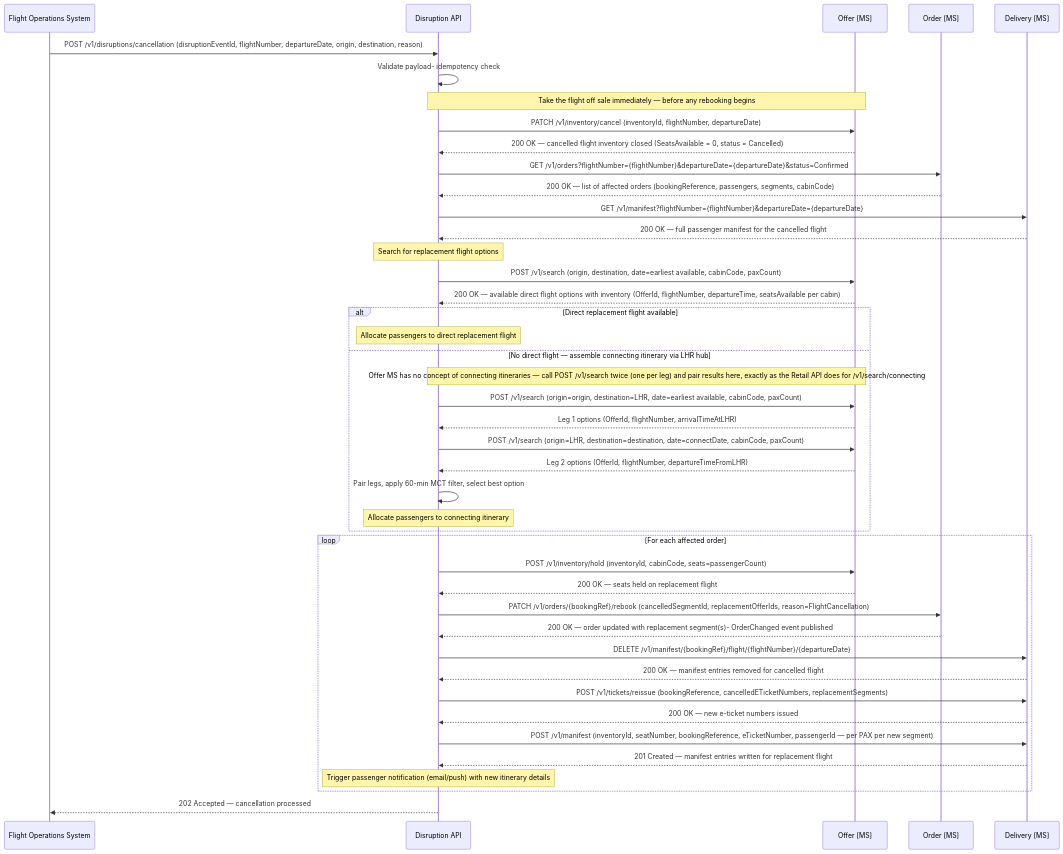
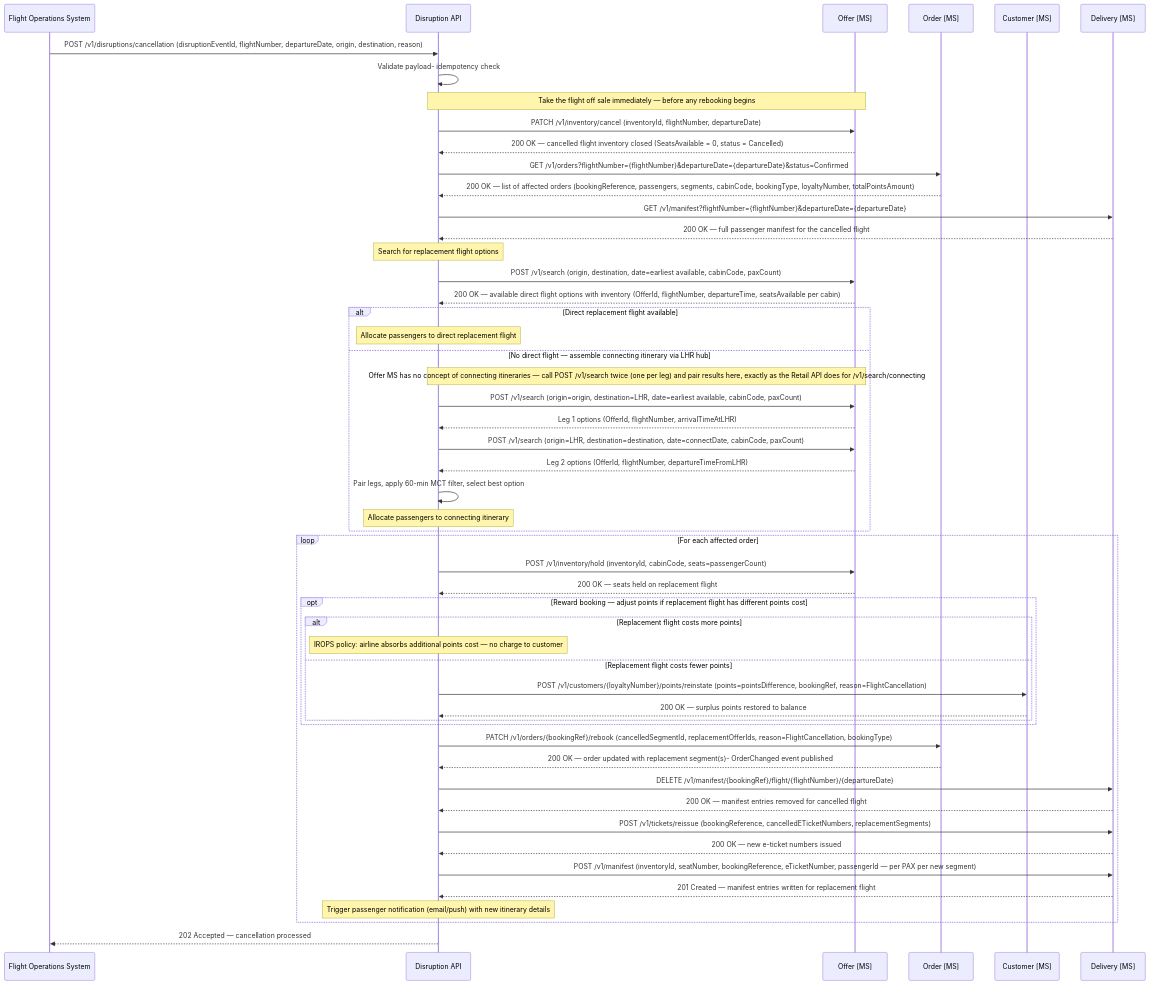
Diagram 13 of 27 in documentation/design.md (sebharvey/airline-reservation-system), drawn with Mermaid before and after one commit. The commit also changed other lines of this file, not shown here.

First line of the commit message:
Update sequence diagrams to handle reward bookings

````diff
--- a/documentation/design.md
+++ b/documentation/design.md
@@ -1947,59 +2011,69 @@
 ```mermaid
 sequenceDiagram
     participant FOS as Flight Operations System
     participant DisruptionAPI as Disruption API
     participant OfferMS as Offer [MS]
     participant OrderMS as Order [MS]
+    participant CustomerMS as Customer [MS]
     participant DeliveryMS as Delivery [MS]
 
     FOS->>DisruptionAPI: POST /v1/disruptions/cancellation (disruptionEventId, flightNumber, departureDate, origin, destination, reason)
     DisruptionAPI->>DisruptionAPI: Validate payload- idempotency check
 
     Note over DisruptionAPI,OfferMS: Take the flight off sale immediately — before any rebooking begins
     DisruptionAPI->>OfferMS: PATCH /v1/inventory/cancel (inventoryId, flightNumber, departureDate)
     OfferMS-->>DisruptionAPI: 200 OK — cancelled flight inventory closed (SeatsAvailable = 0, status = Cancelled)
 
     DisruptionAPI->>OrderMS: GET /v1/orders?flightNumber={flightNumber}&departureDate={departureDate}&status=Confirmed
-    OrderMS-->>DisruptionAPI: 200 OK — list of affected orders (bookingReference, passengers, segments, cabinCode)
+    OrderMS-->>DisruptionAPI: 200 OK — list of affected orders (bookingReference, passengers, segments, cabinCode, bookingType, loyaltyNumber, totalPointsAmount)
 
     DisruptionAPI->>DeliveryMS: GET /v1/manifest?flightNumber={flightNumber}&departureDate={departureDate}
     DeliveryMS-->>DisruptionAPI: 200 OK — full passenger manifest for the cancelled flight
 
     Note over DisruptionAPI: Search for replacement flight options
 
     DisruptionAPI->>OfferMS: POST /v1/search (origin, destination, date=earliest available, cabinCode, paxCount)
     OfferMS-->>DisruptionAPI: 200 OK — available direct flight options with inventory (OfferId, flightNumber, departureTime, seatsAvailable per cabin)
 
     alt Direct replacement flight available
         Note over DisruptionAPI: Allocate passengers to direct replacement flight
     else No direct flight — assemble connecting itinerary via LHR hub
         Note over DisruptionAPI,OfferMS: Offer MS has no concept of connecting itineraries — call POST /v1/search twice (one per leg) and pair results here, exactly as the Retail API does for /v1/search/connecting
         DisruptionAPI->>OfferMS: POST /v1/search (origin=origin, destination=LHR, date=earliest available, cabinCode, paxCount)
         OfferMS-->>DisruptionAPI: Leg 1 options (OfferId, flightNumber, arrivalTimeAtLHR)
         DisruptionAPI->>OfferMS: POST /v1/search (origin=LHR, destination=destination, date=connectDate, cabinCode, paxCount)
         OfferMS-->>DisruptionAPI: Leg 2 options (OfferId, flightNumber, departureTimeFromLHR)
         DisruptionAPI->>DisruptionAPI: Pair legs, apply 60-min MCT filter, select best option
         Note over DisruptionAPI: Allocate passengers to connecting itinerary
     end
 
     loop For each affected order
         DisruptionAPI->>OfferMS: POST /v1/inventory/hold (inventoryId, cabinCode, seats=passengerCount)
         OfferMS-->>DisruptionAPI: 200 OK — seats held on replacement flight
 
-        DisruptionAPI->>OrderMS: PATCH /v1/orders/{bookingRef}/rebook (cancelledSegmentId, replacementOfferIds, reason=FlightCancellation)
+        opt Reward booking — adjust points if replacement flight has different points cost
+            alt Replacement flight costs more points
+                Note over DisruptionAPI: IROPS policy: airline absorbs additional points cost — no charge to customer
+            else Replacement flight costs fewer points
+                DisruptionAPI->>CustomerMS: POST /v1/customers/{loyaltyNumber}/points/reinstate (points=pointsDifference, bookingRef, reason=FlightCancellation)
+                CustomerMS-->>DisruptionAPI: 200 OK — surplus points restored to balance
+            end
+        end
+
+        DisruptionAPI->>OrderMS: PATCH /v1/orders/{bookingRef}/rebook (cancelledSegmentId, replacementOfferIds, reason=FlightCancellation, bookingType)
         OrderMS-->>DisruptionAPI: 200 OK — order updated with replacement segment(s)- OrderChanged event published
 
         DisruptionAPI->>DeliveryMS: DELETE /v1/manifest/{bookingRef}/flight/{flightNumber}/{departureDate}
         DeliveryMS-->>DisruptionAPI: 200 OK — manifest entries removed for cancelled flight
 
         DisruptionAPI->>DeliveryMS: POST /v1/tickets/reissue (bookingReference, cancelledETicketNumbers, replacementSegments)
         DeliveryMS-->>DisruptionAPI: 200 OK — new e-ticket numbers issued
 
         DisruptionAPI->>DeliveryMS: POST /v1/manifest (inventoryId, seatNumber, bookingReference, eTicketNumber, passengerId — per PAX per new segment)
         DeliveryMS-->>DisruptionAPI: 201 Created — manifest entries written for replacement flight
 
         Note over DisruptionAPI: Trigger passenger notification (email/push) with new itinerary details
     end
 
     DisruptionAPI-->>FOS: 202 Accepted — cancellation processed
 ```
````
